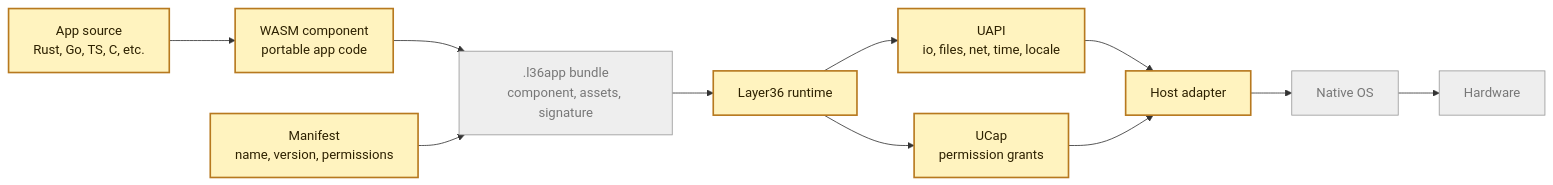
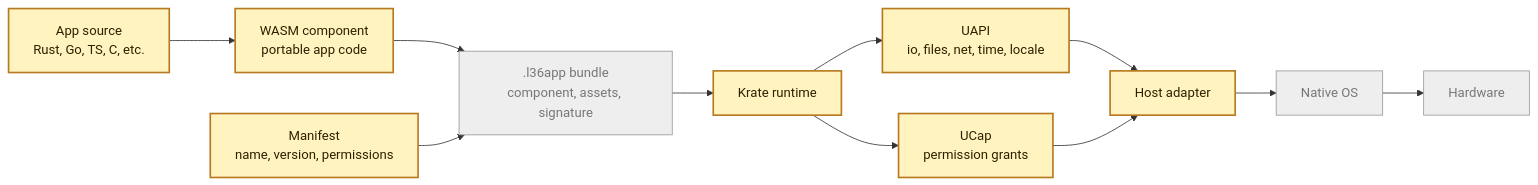
One commit to incyashraj/krate changed the first of 3 diagrams in docs/book/src/architecture.md. Above: the diagram before and after it, drawn with Mermaid. The commit also changed other lines of this file and 342 other files, not shown here.

First line of the commit message:
feat!: rename Layer36 to Krate across the entire system (A9 Phase B)

````diff
--- a/docs/book/src/architecture.md
+++ b/docs/book/src/architecture.md
@@ -11,31 +11,31 @@
 ```mermaid
 flowchart LR
     SRC["App source<br/>Rust, Go, TS, C, etc."]
     WASM["WASM component<br/>portable app code"]
     MAN["Manifest<br/>name, version, permissions"]
     BUNDLE[".l36app bundle<br/>component, assets, signature"]
-    RT["Layer36 runtime"]
+    RT["Krate runtime"]
     UAPI["UAPI<br/>io, files, net, time, locale"]
     UCAP["UCap<br/>permission grants"]
     ADAPT["Host adapter"]
     OS["Native OS"]
     HW["Hardware"]
 
     SRC --> WASM
     WASM --> BUNDLE
     MAN --> BUNDLE
     BUNDLE --> RT
     RT --> UAPI
     RT --> UCAP
     UAPI --> ADAPT
     UCAP --> ADAPT
     ADAPT --> OS
     OS --> HW
 
     classDef done fill:#d9fbe3,stroke:#16833a,color:#102a17,stroke-width:2px;
     classDef current fill:#fff3bf,stroke:#b7791f,color:#2d2100,stroke-width:2px;
     classDef pending fill:#eeeeee,stroke:#999999,color:#777777,stroke-width:1px;
 
     class SRC,WASM,MAN,RT,UAPI,UCAP,ADAPT current;
     class BUNDLE,OS,HW pending;
 ```
````
